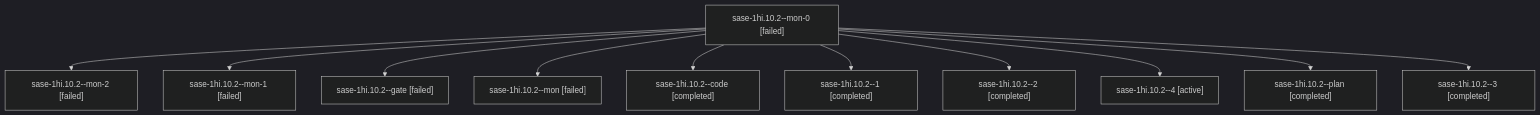
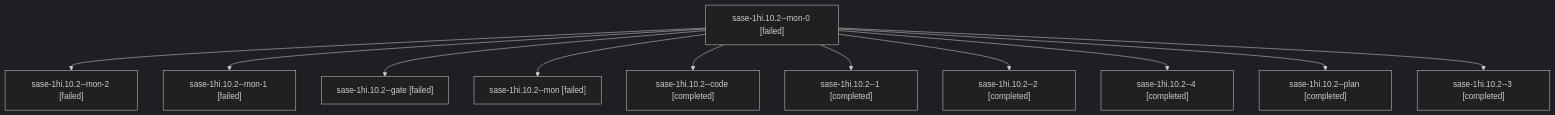
One commit to sase-org/sase--agents changed the diagram in sessions/bbugyi200.apollo.sase-1hi.10.2.md. Above: the diagram before and after it, drawn with Mermaid (dark theme). The commit also changed other lines of this file and 120 other files, not shown here.

````diff
--- a/sessions/bbugyi200.apollo.sase-1hi.10.2.md
+++ b/sessions/bbugyi200.apollo.sase-1hi.10.2.md
@@ -9,24 +9,24 @@
 ```mermaid
 flowchart TD
   n0["sase-1hi.10.2--mon-0 [failed]"]
   n1["sase-1hi.10.2--mon-2 [failed]"]
   n0 --> n1
   n2["sase-1hi.10.2--mon-1 [failed]"]
   n0 --> n2
   n3["sase-1hi.10.2--gate [failed]"]
   n0 --> n3
   n4["sase-1hi.10.2--mon [failed]"]
   n0 --> n4
   n5["sase-1hi.10.2--code [completed]"]
   n0 --> n5
   n6["sase-1hi.10.2--1 [completed]"]
   n0 --> n6
   n7["sase-1hi.10.2--2 [completed]"]
   n0 --> n7
-  n8["sase-1hi.10.2--4 [active]"]
+  n8["sase-1hi.10.2--4 [completed]"]
   n0 --> n8
   n9["sase-1hi.10.2--plan [completed]"]
   n0 --> n9
   n10["sase-1hi.10.2--3 [completed]"]
   n0 --> n10
 ```
````
